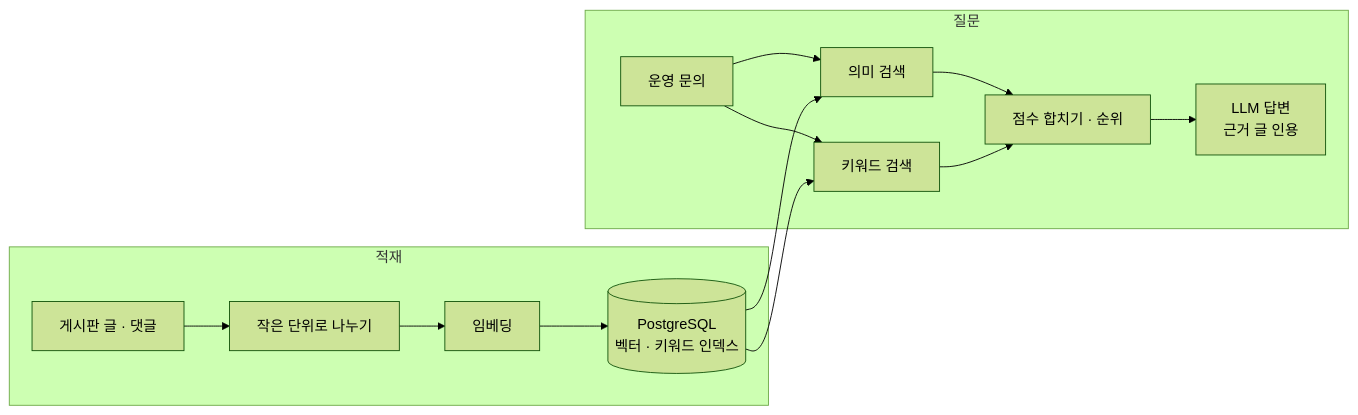
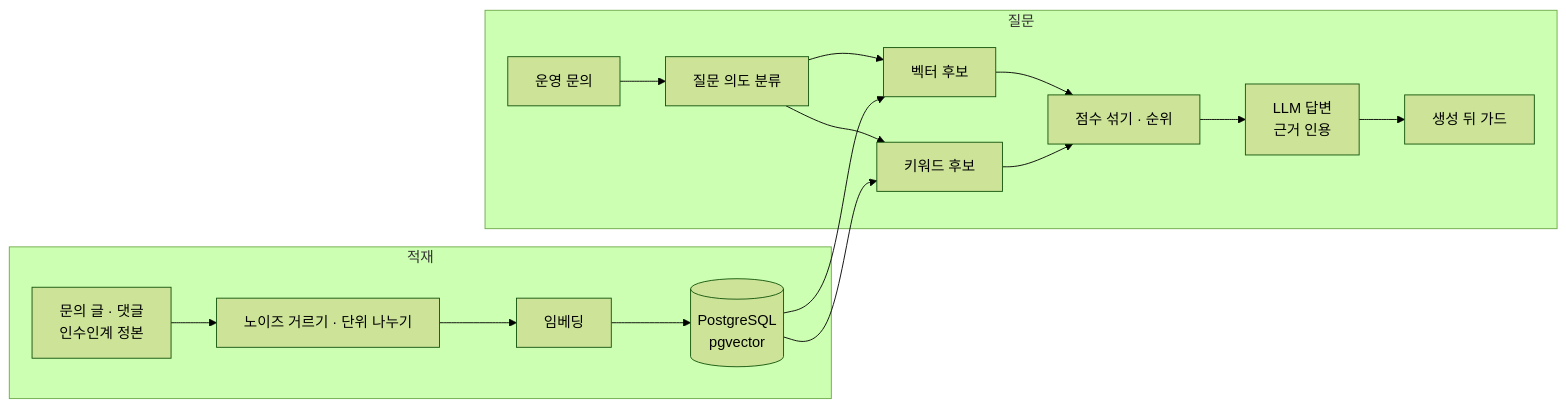
Before and after one commit to agent-jeong/backend-lab: the diagram in 05-ai-workflows/rag-search-over-past-inquiries.md, drawn with Mermaid (forest theme). The commit also changed other lines of this file and 2 other files, not shown here.

````diff
--- a/05-ai-workflows/rag-search-over-past-inquiries.md
+++ b/05-ai-workflows/rag-search-over-past-inquiries.md
@@ -25,17 +25,19 @@
 ```mermaid
 flowchart LR
     subgraph 적재
-        P[게시판 글 · 댓글] --> C[작은 단위로 나누기]
-        C --> E[임베딩]
-        E --> DB[(PostgreSQL<br/>벡터 · 키워드 인덱스)]
+        P[문의 글 · 댓글<br/>인수인계 정본] --> F[노이즈 거르기 · 단위 나누기]
+        F --> E[임베딩]
+        E --> DB[(PostgreSQL<br/>pgvector)]
     end
     subgraph 질문
-        Q[운영 문의] --> S1[의미 검색]
-        Q --> S2[키워드 검색]
-        S1 --> M[점수 합치기 · 순위]
-        S2 --> M
-        M --> L[LLM 답변<br/>근거 글 인용]
+        Q[운영 문의] --> I[질문 의도 분류]
+        I --> V[벡터 후보]
+        I --> K[키워드 후보]
+        V --> M[점수 섞기 · 순위]
+        K --> M
+        M --> L[LLM 답변<br/>근거 인용]
+        L --> G[생성 뒤 가드]
     end
-    DB --> S1
-    DB --> S2
+    DB --> V
+    DB --> K
 ```
````
